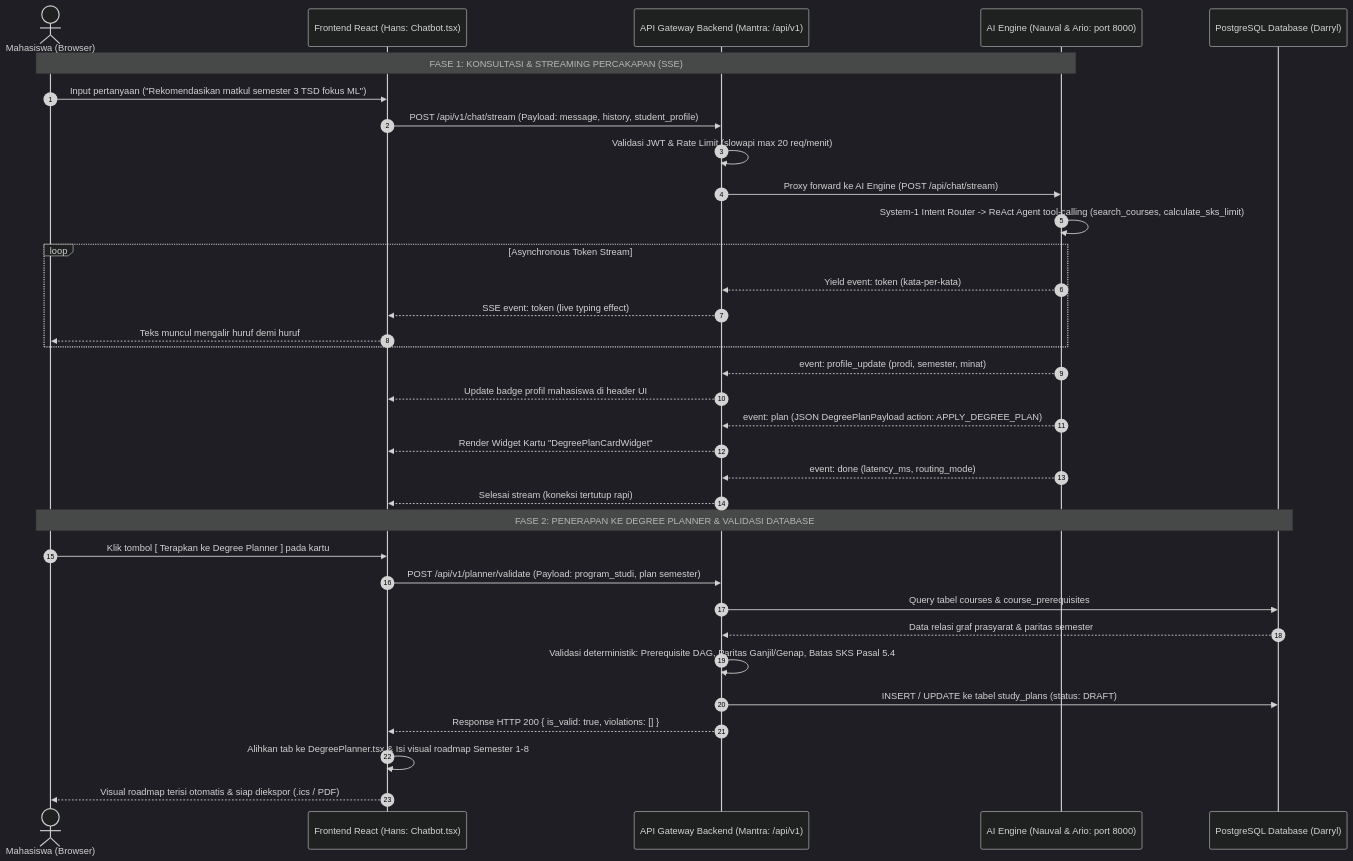
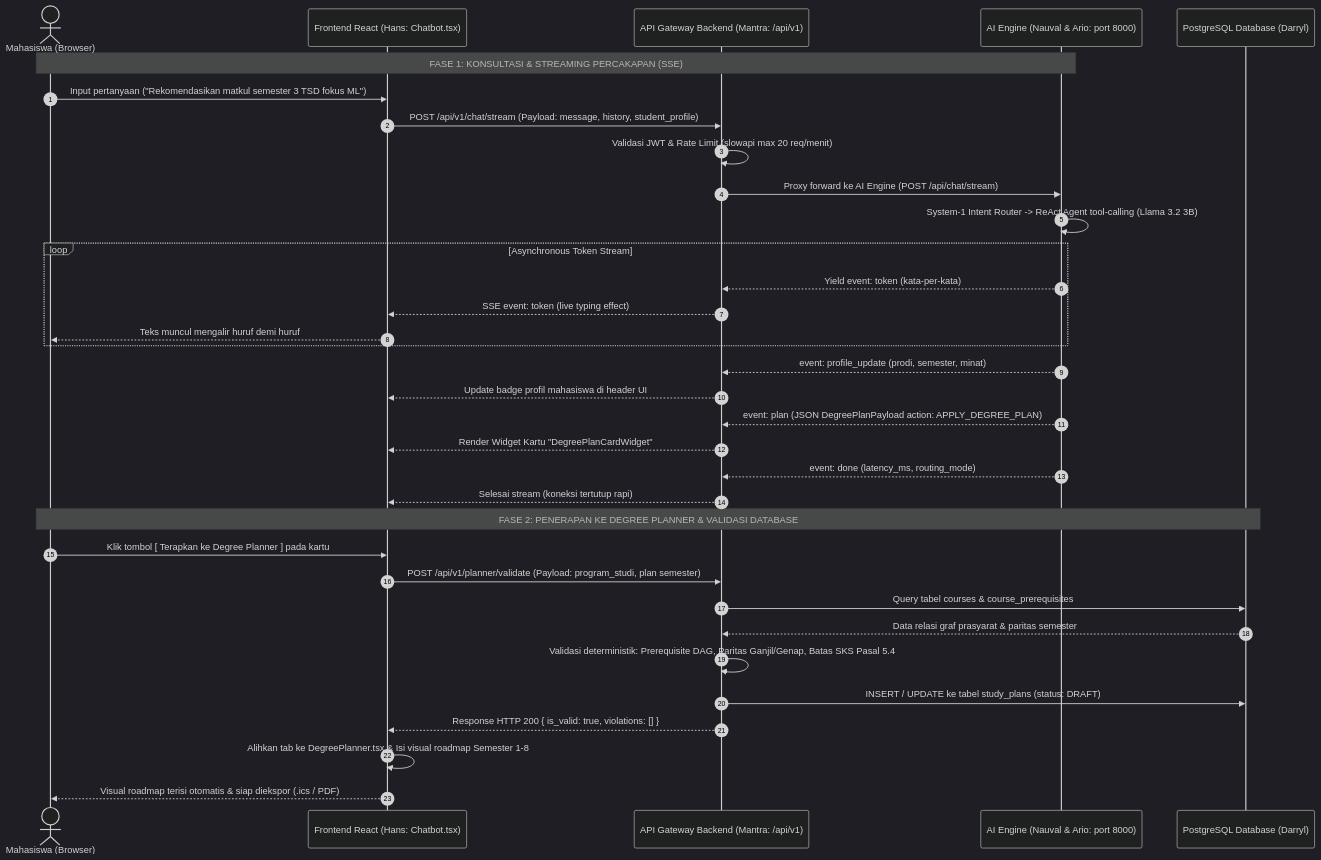
One commit to Primarizki21/ftmm-compass-chatbot changed the third of 3 diagrams in docs/INTEGRATION_FLOW.md. Above: the diagram before and after it, drawn with Mermaid (dark theme). The commit also changed other lines of this file and 3 other files, not shown here.

Commit message:
refactor(architecture): synchronize visual pipeline flowchart and integration diagrams with production models

````diff
--- a/docs/INTEGRATION_FLOW.md
+++ b/docs/INTEGRATION_FLOW.md
@@ -70,38 +73,38 @@
 ```mermaid
 sequenceDiagram
     autonumber
     actor User as Mahasiswa (Browser)
     participant FE as Frontend React (Hans: Chatbot.tsx)
     participant GW as API Gateway Backend (Mantra: /api/v1)
     participant AI as AI Engine (Nauval & Ario: port 8000)
     participant DB as PostgreSQL Database (Darryl)
 
     Note over User, AI: FASE 1: KONSULTASI & STREAMING PERCAKAPAN (SSE)
     User->>FE: Input pertanyaan ("Rekomendasikan matkul semester 3 TSD fokus ML")
     FE->>GW: POST /api/v1/chat/stream (Payload: message, history, student_profile)
     GW->>GW: Validasi JWT & Rate Limit (slowapi max 20 req/menit)
     GW->>AI: Proxy forward ke AI Engine (POST /api/chat/stream)
-    AI->>AI: System-1 Intent Router -> ReAct Agent tool-calling (search_courses, calculate_sks_limit)
+    AI->>AI: System-1 Intent Router -> ReAct Agent tool-calling (Llama 3.2 3B)
     loop Asynchronous Token Stream
         AI-->>GW: Yield event: token (kata-per-kata)
         GW-->>FE: SSE event: token (live typing effect)
         FE-->>User: Teks muncul mengalir huruf demi huruf
     end
     AI-->>GW: event: profile_update (prodi, semester, minat)
     GW-->>FE: Update badge profil mahasiswa di header UI
     AI-->>GW: event: plan (JSON DegreePlanPayload action: APPLY_DEGREE_PLAN)
     GW-->>FE: Render Widget Kartu "DegreePlanCardWidget"
     AI-->>GW: event: done (latency_ms, routing_mode)
     GW-->>FE: Selesai stream (koneksi tertutup rapi)
 
     Note over User, DB: FASE 2: PENERAPAN KE DEGREE PLANNER & VALIDASI DATABASE
     User->>FE: Klik tombol [ Terapkan ke Degree Planner ] pada kartu
     FE->>GW: POST /api/v1/planner/validate (Payload: program_studi, plan semester)
     GW->>DB: Query tabel courses & course_prerequisites
     DB-->>GW: Data relasi graf prasyarat & paritas semester
     GW->>GW: Validasi deterministik: Prerequisite DAG, Paritas Ganjil/Genap, Batas SKS Pasal 5.4
     GW->>DB: INSERT / UPDATE ke tabel study_plans (status: DRAFT)
     GW-->>FE: Response HTTP 200 { is_valid: true, violations: [] }
     FE->>FE: Alihkan tab ke DegreePlanner.tsx & Isi visual roadmap Semester 1-8
     FE-->>User: Visual roadmap terisi otomatis & siap diekspor (.ics / PDF)
 ```
````
